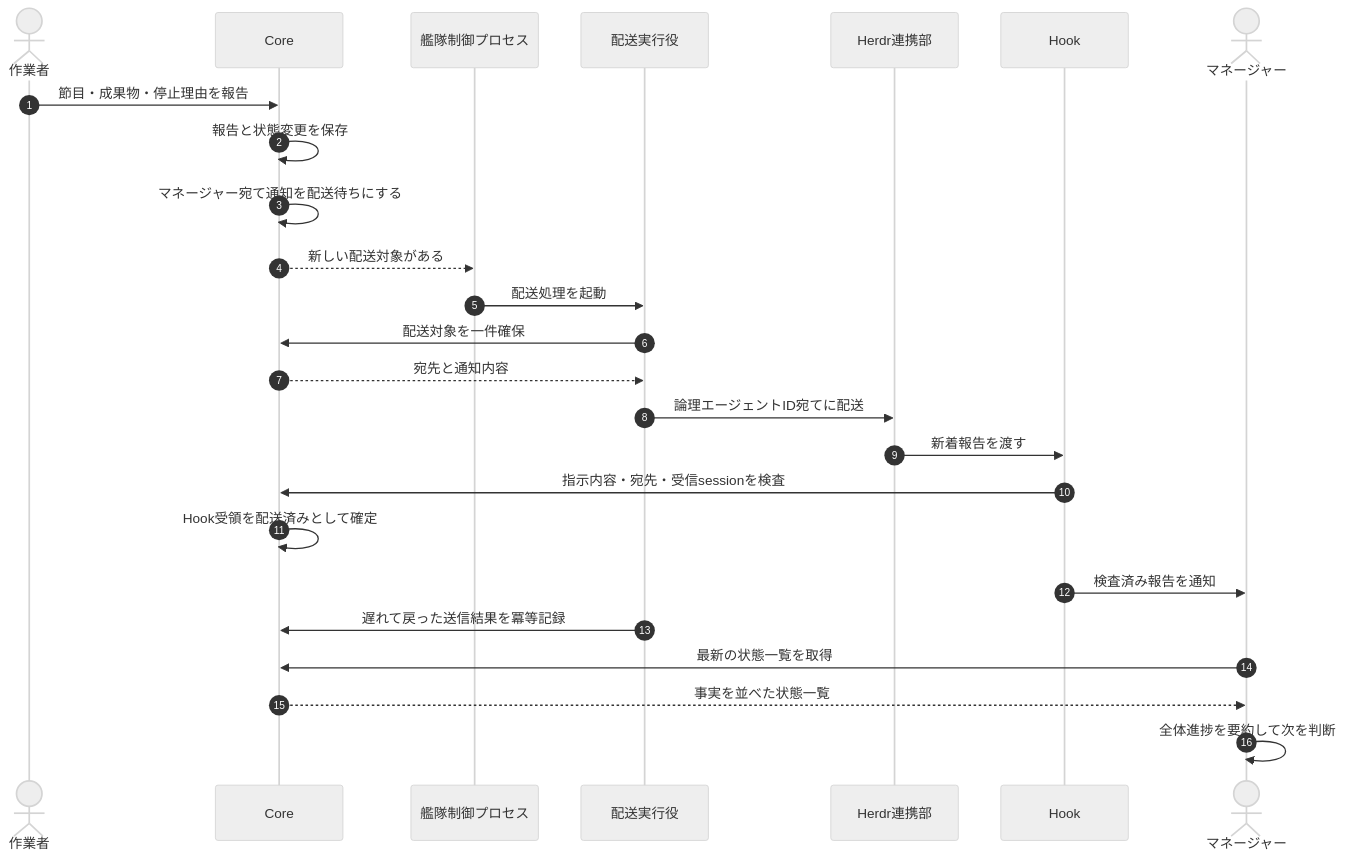
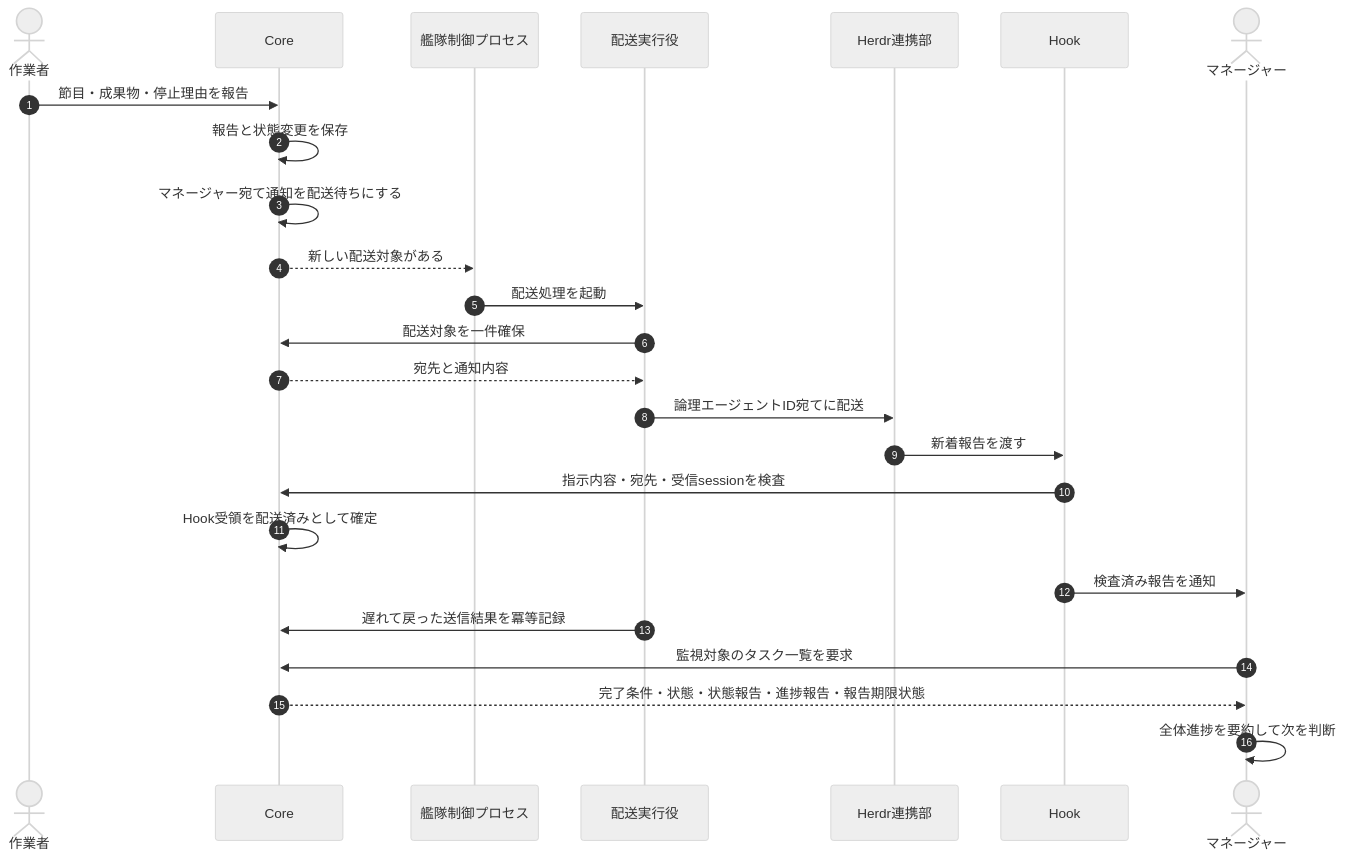
The sixth of 12 diagrams in docs/2026-08-31-エージェント艦隊-連携と全体制御.md (nakamori-naoya/agent-fleet-plugins), drawn with Mermaid (neutral theme) before and after one commit. The commit also changed other lines of this file and 21 other files, not shown here.

````diff
--- a/docs/2026-08-31-エージェント艦隊-連携と全体制御.md
+++ b/docs/2026-08-31-エージェント艦隊-連携と全体制御.md
@@ -351,28 +363,28 @@
 ```mermaid
 sequenceDiagram
     autonumber
     actor 作業者
     participant Core
     participant 制御 as 艦隊制御プロセス
     participant 配送 as 配送実行役
     participant Herdr as Herdr連携部
     participant Hook
     actor マネージャー
 
     作業者->>Core: 節目・成果物・停止理由を報告
     Core->>Core: 報告と状態変更を保存
     Core->>Core: マネージャー宛て通知を配送待ちにする
     Core-->>制御: 新しい配送対象がある
     制御->>配送: 配送処理を起動
     配送->>Core: 配送対象を一件確保
     Core-->>配送: 宛先と通知内容
     配送->>Herdr: 論理エージェントID宛てに配送
     Herdr->>Hook: 新着報告を渡す
     Hook->>Core: 指示内容・宛先・受信sessionを検査
     Core->>Core: Hook受領を配送済みとして確定
     Hook->>マネージャー: 検査済み報告を通知
     配送->>Core: 遅れて戻った送信結果を冪等記録
-    マネージャー->>Core: 最新の状態一覧を取得
-    Core-->>マネージャー: 事実を並べた状態一覧
+    マネージャー->>Core: 監視対象のタスク一覧を要求
+    Core-->>マネージャー: 完了条件・状態・状態報告・進捗報告・報告期限状態
     マネージャー->>マネージャー: 全体進捗を要約して次を判断
 ```
````
